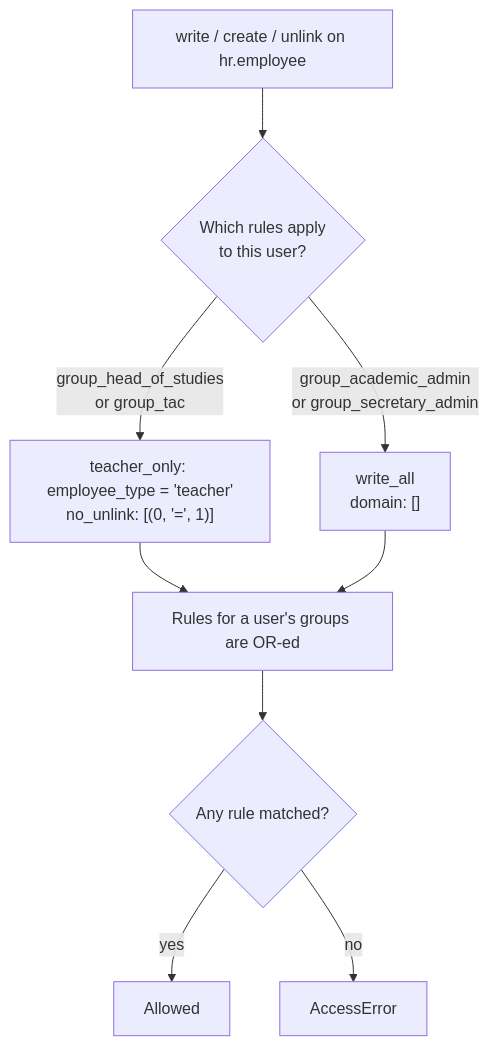
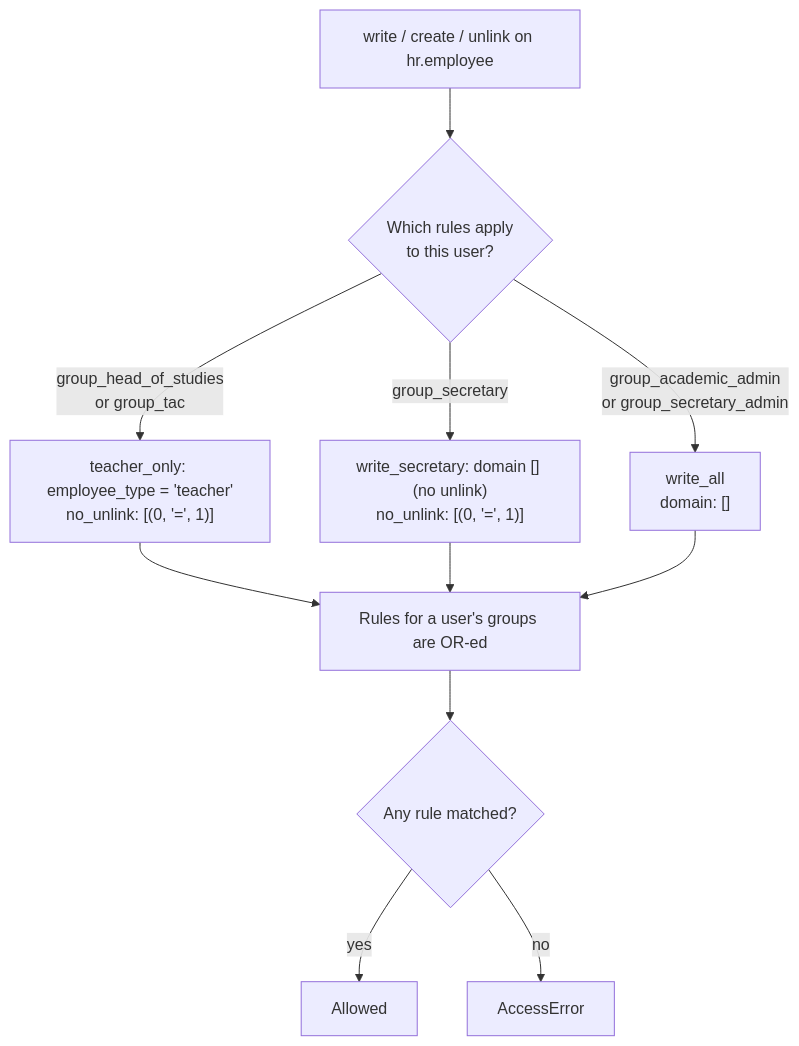
The seventh of 7 diagrams in docs/en/developers/employees/role_hierarchy.md (ElPuig/EMS), drawn with Mermaid before and after one commit. The commit also changed other lines of this file and 198 other files, not shown here.

````diff
--- a/docs/en/developers/employees/role_hierarchy.md
+++ b/docs/en/developers/employees/role_hierarchy.md
@@ -436,16 +446,19 @@
 ```mermaid
 flowchart TD
     W["write / create / unlink on hr.employee"] --> R{"Which rules apply
 to this user?"}
     R -- "group_head_of_studies
 or group_tac" --> T["teacher_only: employee_type = 'teacher'
 no_unlink: [(0, '=', 1)]"]
+    R -- "group_secretary" --> S["write_secretary: domain [] (no unlink)
+no_unlink: [(0, '=', 1)]"]
     R -- "group_academic_admin
 or group_secretary_admin" --> A["write_all
 domain: []"]
     T --> OR["Rules for a user's groups are OR-ed"]
+    S --> OR
     A --> OR
     OR --> D{"Any rule matched?"}
     D -- yes --> OK["Allowed"]
     D -- no --> KO["AccessError"]
 ```
````
